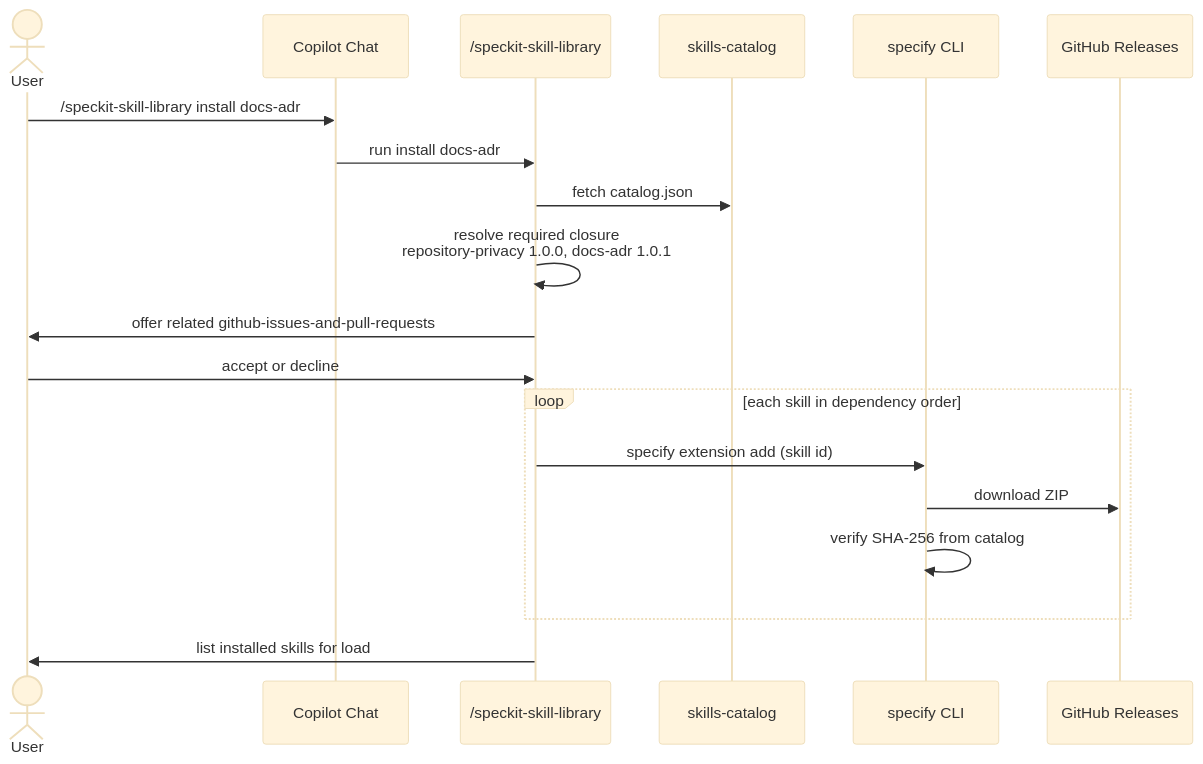
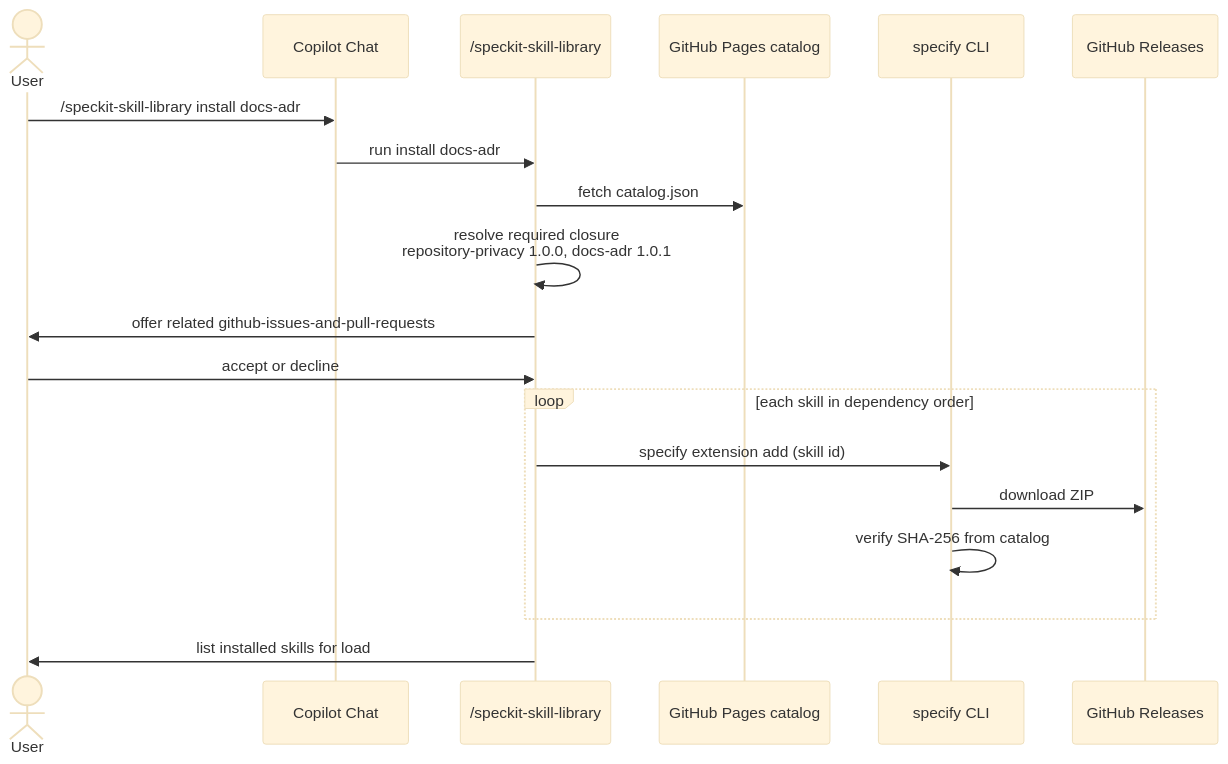
Before and after one commit to f2calv/.github: the fourth of 4 diagrams in docs/architecture.md, drawn with Mermaid (base theme). The commit also changed other lines of this file and 4 other files, not shown here.

First line of the commit message:
docs: add end-to-end demos and document the Pages catalog

````diff
--- a/docs/architecture.md
+++ b/docs/architecture.md
@@ -118,22 +119,22 @@
 ```mermaid
 sequenceDiagram
     actor User
     participant Chat as Copilot Chat
     participant Cmd as /speckit-skill-library
-    participant Catalog as skills-catalog
+    participant Catalog as GitHub Pages catalog
     participant Specify as specify CLI
     participant Releases as GitHub Releases
 
     User->>Chat: /speckit-skill-library install docs-adr
     Chat->>Cmd: run install docs-adr
     Cmd->>Catalog: fetch catalog.json
     Cmd->>Cmd: resolve required closure<br/>repository-privacy 1.0.0, docs-adr 1.0.1
     Cmd->>User: offer related github-issues-and-pull-requests
     User->>Cmd: accept or decline
     loop each skill in dependency order
         Cmd->>Specify: specify extension add (skill id)
         Specify->>Releases: download ZIP
         Specify->>Specify: verify SHA-256 from catalog
     end
     Cmd->>User: list installed skills for load
 ```
````
